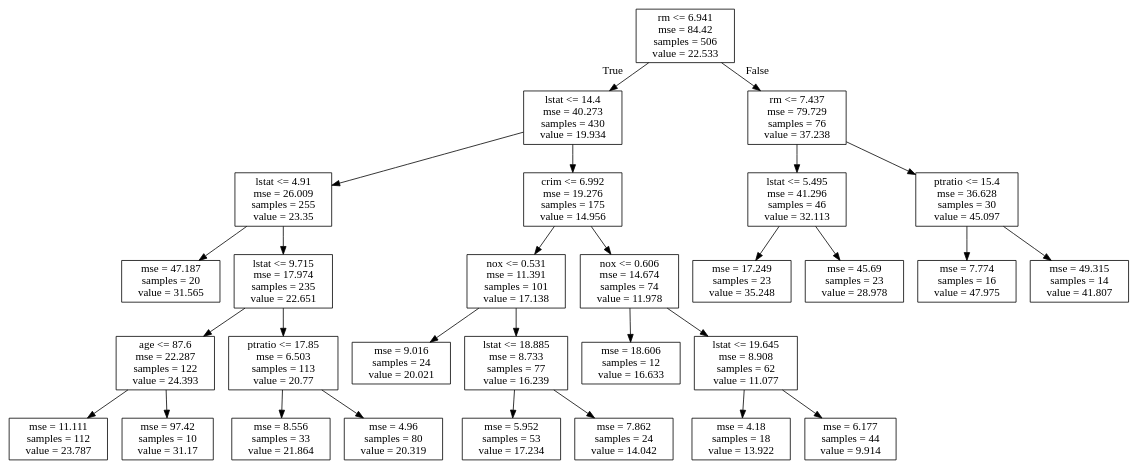
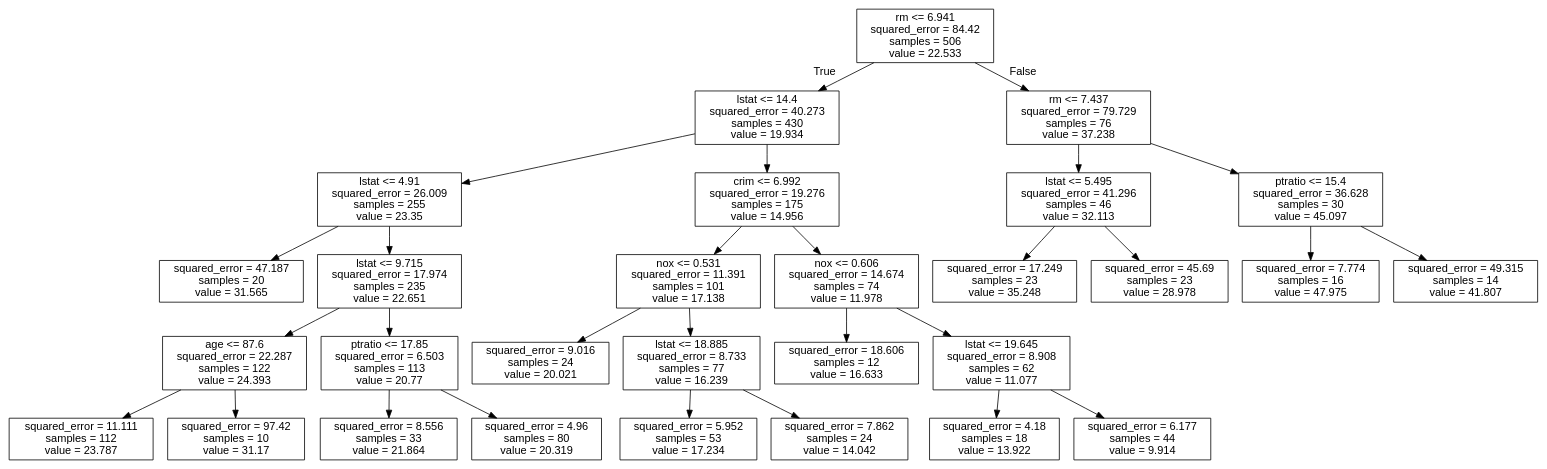
The diagram in notebooks/resources/boston_rtree.dot (joanby/python-ml-course), drawn with Graphviz before and after one commit. The commit also changed 82 other files, not shown here.

```diff
--- a/notebooks/resources/boston_rtree.dot
+++ b/notebooks/resources/boston_rtree.dot
@@ -1,60 +1,61 @@
 digraph Tree {
-node [shape=box] ;
-0 [label="rm <= 6.941\nmse = 84.42\nsamples = 506\nvalue = 22.533"] ;
-1 [label="lstat <= 14.4\nmse = 40.273\nsamples = 430\nvalue = 19.934"] ;
+node [shape=box, fontname="helvetica"] ;
+edge [fontname="helvetica"] ;
+0 [label="rm <= 6.941\nsquared_error = 84.42\nsamples = 506\nvalue = 22.533"] ;
+1 [label="lstat <= 14.4\nsquared_error = 40.273\nsamples = 430\nvalue = 19.934"] ;
 0 -> 1 [labeldistance=2.5, labelangle=45, headlabel="True"] ;
-2 [label="lstat <= 4.91\nmse = 26.009\nsamples = 255\nvalue = 23.35"] ;
+2 [label="lstat <= 4.91\nsquared_error = 26.009\nsamples = 255\nvalue = 23.35"] ;
 1 -> 2 ;
-3 [label="mse = 47.187\nsamples = 20\nvalue = 31.565"] ;
+3 [label="squared_error = 47.187\nsamples = 20\nvalue = 31.565"] ;
 2 -> 3 ;
-4 [label="lstat <= 9.715\nmse = 17.974\nsamples = 235\nvalue = 22.651"] ;
+4 [label="lstat <= 9.715\nsquared_error = 17.974\nsamples = 235\nvalue = 22.651"] ;
 2 -> 4 ;
-5 [label="age <= 87.6\nmse = 22.287\nsamples = 122\nvalue = 24.393"] ;
+5 [label="age <= 87.6\nsquared_error = 22.287\nsamples = 122\nvalue = 24.393"] ;
 4 -> 5 ;
-6 [label="mse = 11.111\nsamples = 112\nvalue = 23.787"] ;
+6 [label="squared_error = 11.111\nsamples = 112\nvalue = 23.787"] ;
 5 -> 6 ;
-7 [label="mse = 97.42\nsamples = 10\nvalue = 31.17"] ;
+7 [label="squared_error = 97.42\nsamples = 10\nvalue = 31.17"] ;
 5 -> 7 ;
-8 [label="ptratio <= 17.85\nmse = 6.503\nsamples = 113\nvalue = 20.77"] ;
+8 [label="ptratio <= 17.85\nsquared_error = 6.503\nsamples = 113\nvalue = 20.77"] ;
 4 -> 8 ;
-9 [label="mse = 8.556\nsamples = 33\nvalue = 21.864"] ;
+9 [label="squared_error = 8.556\nsamples = 33\nvalue = 21.864"] ;
 8 -> 9 ;
-10 [label="mse = 4.96\nsamples = 80\nvalue = 20.319"] ;
+10 [label="squared_error = 4.96\nsamples = 80\nvalue = 20.319"] ;
 8 -> 10 ;
-11 [label="crim <= 6.992\nmse = 19.276\nsamples = 175\nvalue = 14.956"] ;
+11 [label="crim <= 6.992\nsquared_error = 19.276\nsamples = 175\nvalue = 14.956"] ;
 1 -> 11 ;
-12 [label="nox <= 0.531\nmse = 11.391\nsamples = 101\nvalue = 17.138"] ;
+12 [label="nox <= 0.531\nsquared_error = 11.391\nsamples = 101\nvalue = 17.138"] ;
 11 -> 12 ;
-13 [label="mse = 9.016\nsamples = 24\nvalue = 20.021"] ;
+13 [label="squared_error = 9.016\nsamples = 24\nvalue = 20.021"] ;
 12 -> 13 ;
-14 [label="lstat <= 18.885\nmse = 8.733\nsamples = 77\nvalue = 16.239"] ;
+14 [label="lstat <= 18.885\nsquared_error = 8.733\nsamples = 77\nvalue = 16.239"] ;
 12 -> 14 ;
-15 [label="mse = 5.952\nsamples = 53\nvalue = 17.234"] ;
+15 [label="squared_error = 5.952\nsamples = 53\nvalue = 17.234"] ;
 14 -> 15 ;
-16 [label="mse = 7.862\nsamples = 24\nvalue = 14.042"] ;
+16 [label="squared_error = 7.862\nsamples = 24\nvalue = 14.042"] ;
 14 -> 16 ;
-17 [label="nox <= 0.606\nmse = 14.674\nsamples = 74\nvalue = 11.978"] ;
+17 [label="nox <= 0.606\nsquared_error = 14.674\nsamples = 74\nvalue = 11.978"] ;
 11 -> 17 ;
-18 [label="mse = 18.606\nsamples = 12\nvalue = 16.633"] ;
+18 [label="squared_error = 18.606\nsamples = 12\nvalue = 16.633"] ;
 17 -> 18 ;
-19 [label="lstat <= 19.645\nmse = 8.908\nsamples = 62\nvalue = 11.077"] ;
+19 [label="lstat <= 19.645\nsquared_error = 8.908\nsamples = 62\nvalue = 11.077"] ;
 17 -> 19 ;
-20 [label="mse = 4.18\nsamples = 18\nvalue = 13.922"] ;
+20 [label="squared_error = 4.18\nsamples = 18\nvalue = 13.922"] ;
 19 -> 20 ;
-21 [label="mse = 6.177\nsamples = 44\nvalue = 9.914"] ;
+21 [label="squared_error = 6.177\nsamples = 44\nvalue = 9.914"] ;
 19 -> 21 ;
-22 [label="rm <= 7.437\nmse = 79.729\nsamples = 76\nvalue = 37.238"] ;
+22 [label="rm <= 7.437\nsquared_error = 79.729\nsamples = 76\nvalue = 37.238"] ;
 0 -> 22 [labeldistance=2.5, labelangle=-45, headlabel="False"] ;
-23 [label="lstat <= 5.495\nmse = 41.296\nsamples = 46\nvalue = 32.113"] ;
+23 [label="lstat <= 5.495\nsquared_error = 41.296\nsamples = 46\nvalue = 32.113"] ;
 22 -> 23 ;
-24 [label="mse = 17.249\nsamples = 23\nvalue = 35.248"] ;
+24 [label="squared_error = 17.249\nsamples = 23\nvalue = 35.248"] ;
 23 -> 24 ;
-25 [label="mse = 45.69\nsamples = 23\nvalue = 28.978"] ;
+25 [label="squared_error = 45.69\nsamples = 23\nvalue = 28.978"] ;
 23 -> 25 ;
-26 [label="ptratio <= 15.4\nmse = 36.628\nsamples = 30\nvalue = 45.097"] ;
+26 [label="ptratio <= 15.4\nsquared_error = 36.628\nsamples = 30\nvalue = 45.097"] ;
 22 -> 26 ;
-27 [label="mse = 7.774\nsamples = 16\nvalue = 47.975"] ;
+27 [label="squared_error = 7.774\nsamples = 16\nvalue = 47.975"] ;
 26 -> 27 ;
-28 [label="mse = 49.315\nsamples = 14\nvalue = 41.807"] ;
+28 [label="squared_error = 49.315\nsamples = 14\nvalue = 41.807"] ;
 26 -> 28 ;
 }
```
